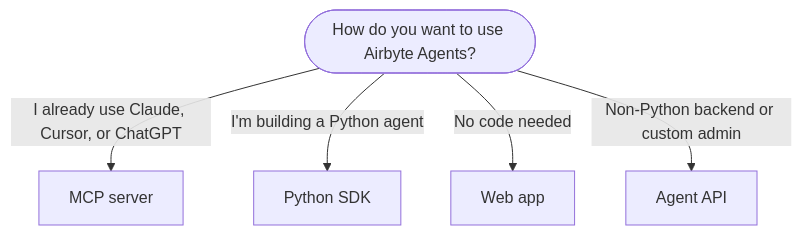
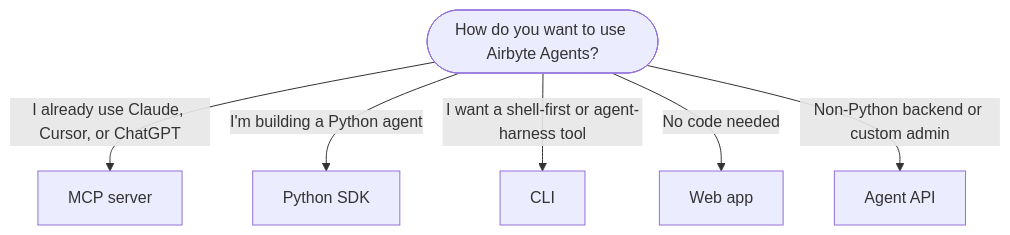
The diagram in docs/ai-agents/get-started/choose-how-to-use.md (youngd-lunit/airbyte), drawn with Mermaid before and after one commit. The commit also changed other lines of this file and 19 other files, not shown here.

Commit message:
docs(ai-agents): Add Agent CLI interface section (#78448)

````diff
--- a/docs/ai-agents/get-started/choose-how-to-use.md
+++ b/docs/ai-agents/get-started/choose-how-to-use.md
@@ -13,13 +13,15 @@
 ```mermaid
 flowchart TD
     START(["How do you want to use Airbyte Agents?"])
     START -->|"I already use Claude, Cursor, or ChatGPT"| MCP["MCP server"]
     START -->|"I'm building a Python agent"| SDK["Python SDK"]
+    START -->|"I want a shell-first or agent-harness tool"| CLI["CLI"]
     START -->|"No code needed"| WEB["Web app"]
     START -->|"Non-Python backend or custom admin"| API["Agent API"]
 
     click MCP "#mcp-server"
     click SDK "#python-sdk"
+    click CLI "#cli"
     click WEB "#web-app"
     click API "#agent-api"
 ```
````
